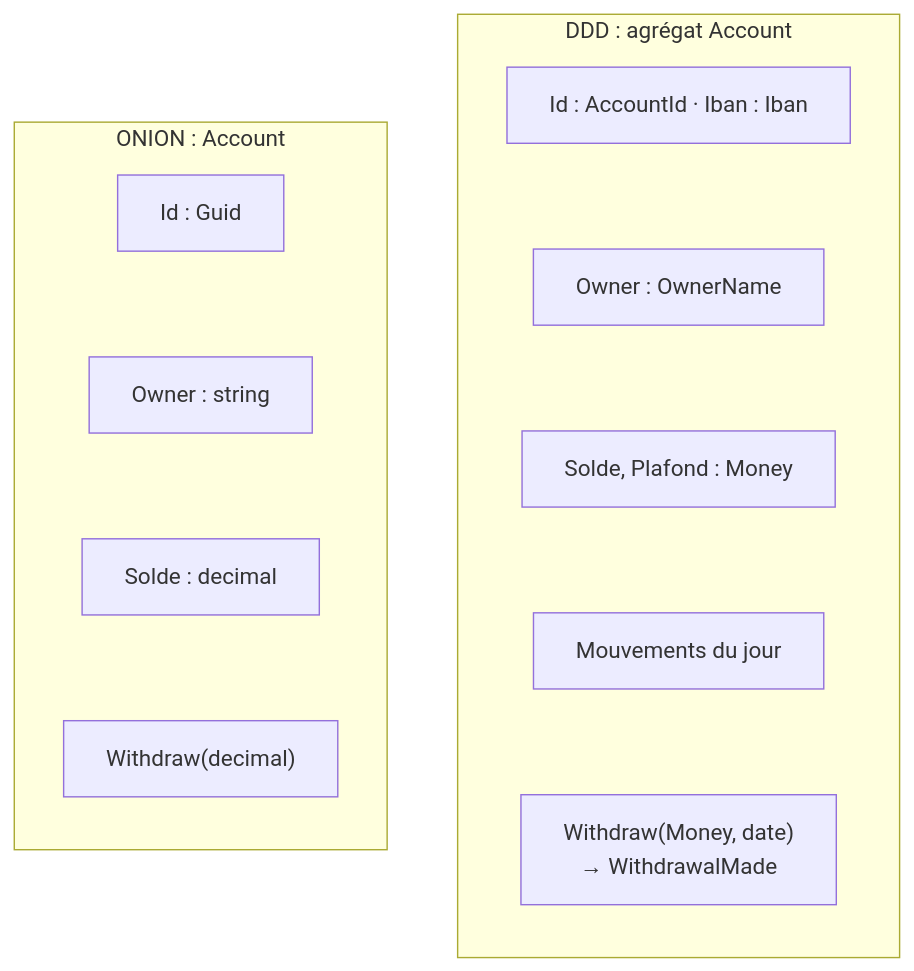
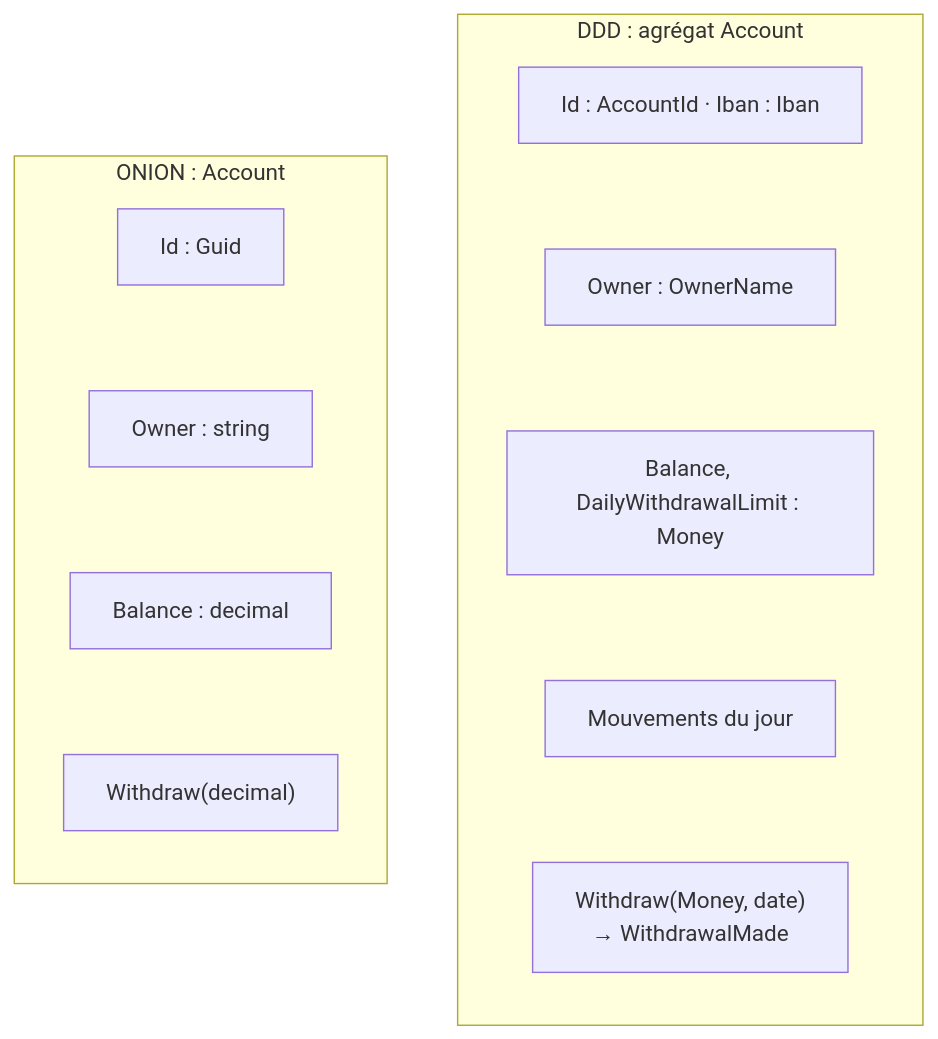
Before and after one commit to drangoht/ArchitecturesDemo: the diagram in Docs/differences/06-ddd-vs-hexagonale-onion.md, drawn with Mermaid. The commit also changed 78 other files, not shown here.

First line of the commit message:
Docs EN : identifiants, liens, diagrammes et sorties alignés sur le code anglais

````diff
--- a/Docs/differences/06-ddd-vs-hexagonale-onion.md
+++ b/Docs/differences/06-ddd-vs-hexagonale-onion.md
@@ -38,21 +38,21 @@
 ```mermaid
 flowchart LR
     subgraph O["ONION : Account"]
         direction TB
         O1["Id : Guid"]
         O2["Owner : string"]
-        O3["Solde : decimal"]
+        O3["Balance : decimal"]
         O4["Withdraw(decimal)"]
         O1 ~~~ O2 ~~~ O3 ~~~ O4
     end
     subgraph D["DDD : agrégat Account"]
         direction TB
         D1["Id : AccountId · Iban : Iban"]
         D2["Owner : OwnerName"]
-        D3["Solde, Plafond : Money"]
+        D3["Balance, DailyWithdrawalLimit : Money"]
         D4["Mouvements du jour"]
         D5["Withdraw(Money, date)<br/>→ WithdrawalMade"]
         D1 ~~~ D2 ~~~ D3 ~~~ D4 ~~~ D5
     end
     O ~~~ D
 ```
````
